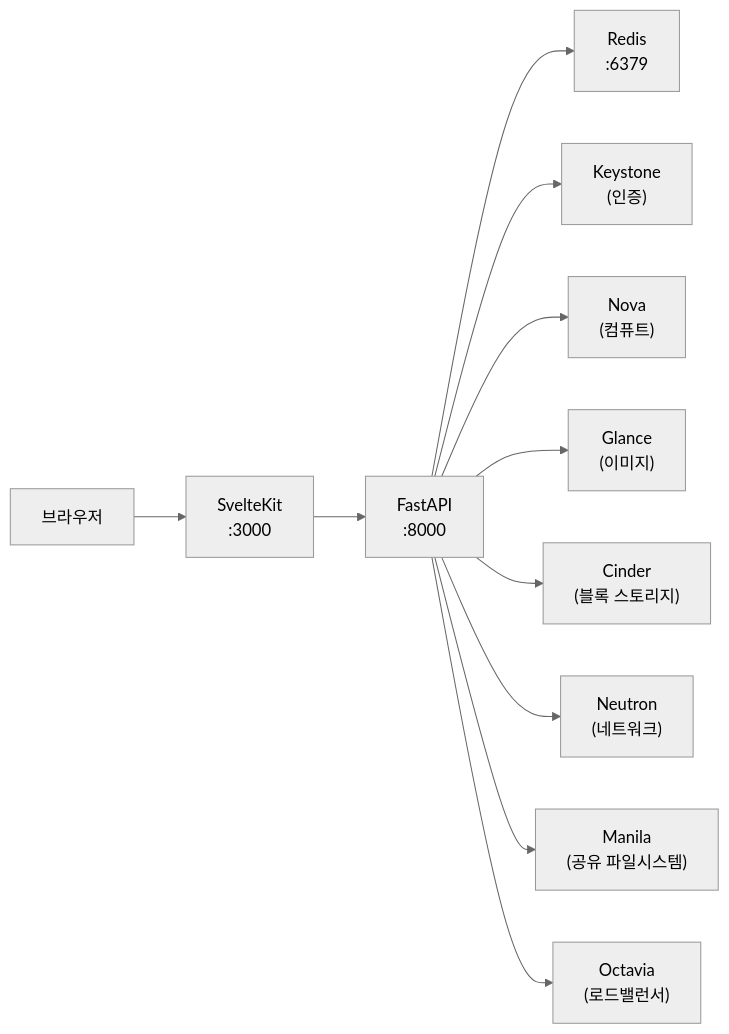
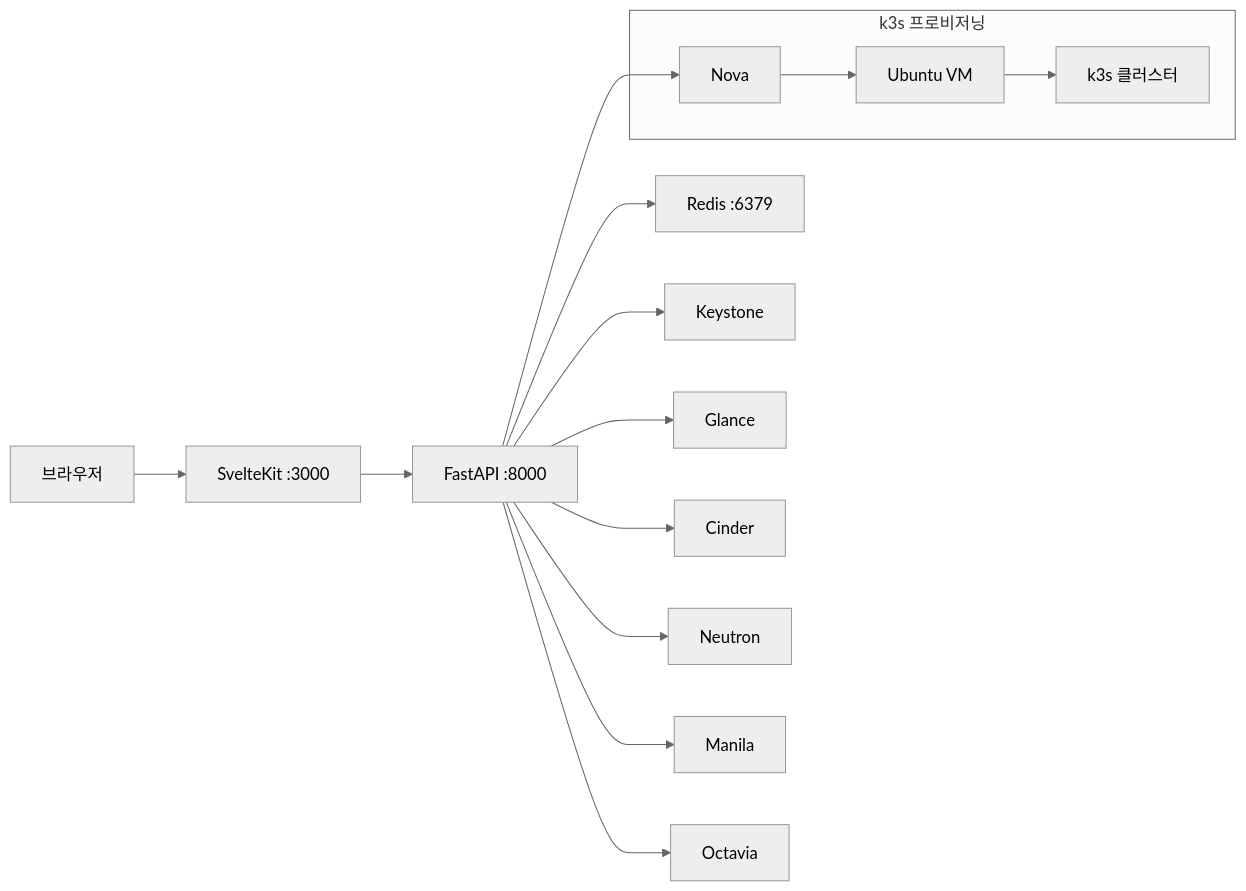
One commit to jung-geun/openstack-afterglow changed the diagram in README.md. Above: the diagram before and after it, drawn with Mermaid (neutral theme). The commit also changed other lines of this file and 4 other files, not shown here.

````diff
--- a/README.md
+++ b/README.md
@@ -9,13 +60,18 @@
 ```mermaid
 graph LR
-    Browser["브라우저"] --> FE["SvelteKit\n:3000"]
-    FE --> API["FastAPI\n:8000"]
-    API --> Redis["Redis\n:6379"]
-    API --> KS["Keystone\n(인증)"]
-    API --> Nova["Nova\n(컴퓨트)"]
-    API --> Glance["Glance\n(이미지)"]
-    API --> Cinder["Cinder\n(블록 스토리지)"]
-    API --> Neutron["Neutron\n(네트워크)"]
-    API --> Manila["Manila\n(공유 파일시스템)"]
-    API --> Octavia["Octavia\n(로드밸런서)"]
+    Browser["브라우저"] --> FE["SvelteKit :3000"]
+    FE --> API["FastAPI :8000"]
+    API --> Redis["Redis :6379"]
+    API --> KS["Keystone"]
+    API --> Nova["Nova"]
+    API --> Glance["Glance"]
+    API --> Cinder["Cinder"]
+    API --> Neutron["Neutron"]
+    API --> Manila["Manila"]
+    API --> Octavia["Octavia"]
+
+    subgraph k3s 프로비저닝
+        Nova --> VM["Ubuntu VM"]
+        VM --> K3S["k3s 클러스터"]
+    end
 ```
````
